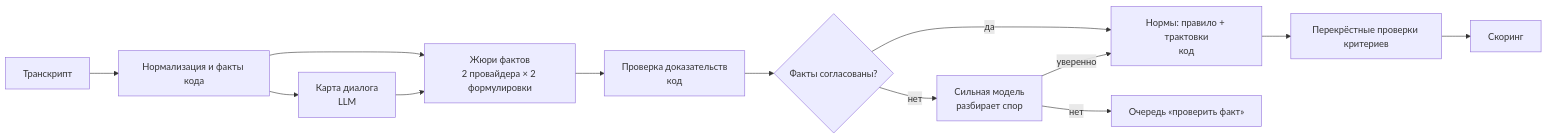
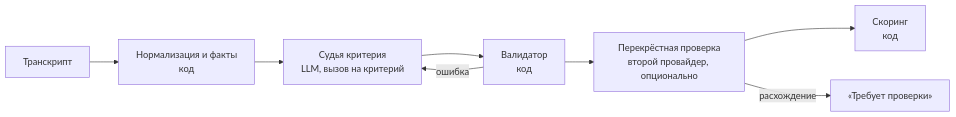
The diagram in docs/core-eval.md (govnejri/freedom-cqa), drawn with Mermaid before and after one commit. The commit also changed other lines of this file and 2 other files, not shown here.

First line of the commit message:
Итоговый план и ядро v3: простой сильный судья

````diff
--- a/docs/core-eval.md
+++ b/docs/core-eval.md
@@ -44,15 +16,10 @@
 ```mermaid
 flowchart LR
-  A[Транскрипт] --> B[Нормализация и факты кода]
-  B --> C[Карта диалога<br/>LLM]
-  B --> D[Жюри фактов<br/>2 провайдера × 2 формулировки]
-  C --> D
-  D --> E[Проверка доказательств<br/>код]
-  E --> F{Факты согласованы?}
-  F -- да --> G[Нормы: правило + трактовки<br/>код]
-  F -- нет --> H[Сильная модель<br/>разбирает спор]
-  H -- уверенно --> G
-  H -- нет --> Q[Очередь «проверить факт»]
-  G --> I[Перекрёстные проверки критериев]
-  I --> J[Скоринг]
+  A[Транскрипт] --> B[Нормализация и факты<br/>код]
+  B --> C[Судья критерия<br/>LLM, вызов на критерий]
+  C --> D[Валидатор<br/>код]
+  D -- ошибка --> C
+  D --> E[Перекрёстная проверка<br/>второй провайдер, опционально]
+  E --> F[Скоринг<br/>код]
+  E -- расхождение --> Q[«Требует проверки»]
 ```
````
